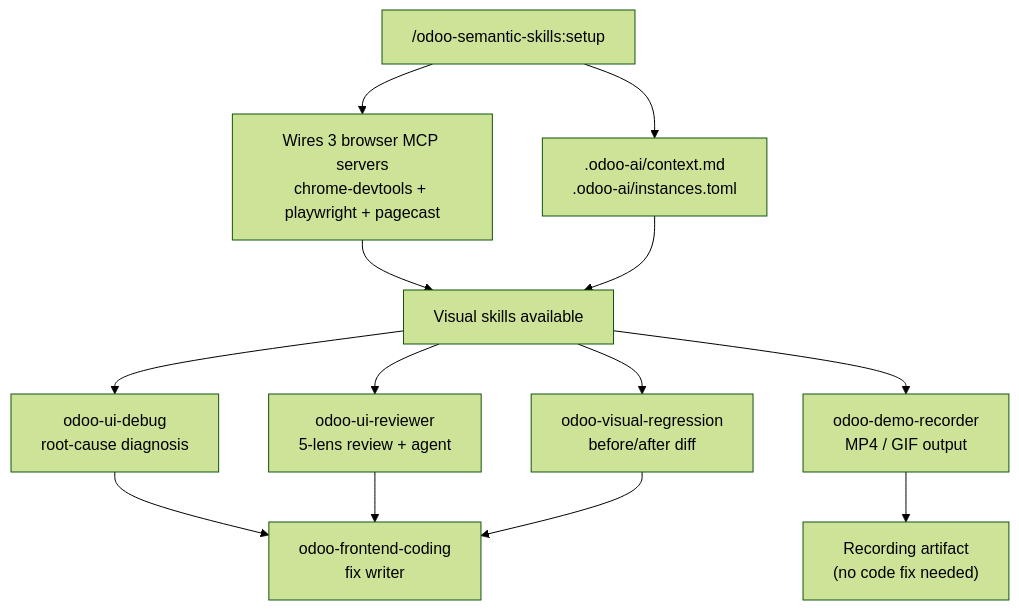
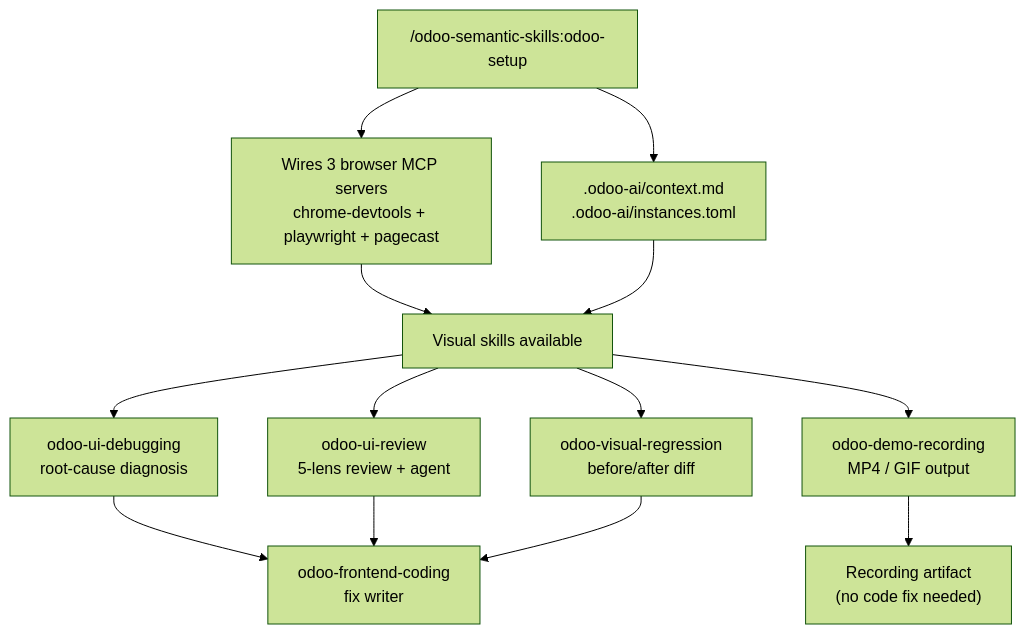
Before and after one commit to Viindoo/odoo-mcp-client: the fifth of 5 diagrams in README.md, drawn with Mermaid (forest theme). The commit also changed other lines of this file and 110 other files, not shown here.

First line of the commit message:
refactor(odoo-semantic-skills)!: role-based naming for skills/agents/commands (v3.0.0)

````diff
--- a/README.md
+++ b/README.md
@@ -230,20 +230,20 @@
 ```mermaid
 flowchart TD
-    SETUP["/odoo-semantic-skills:setup"]
+    SETUP["/odoo-semantic-skills:odoo-setup"]
     SETUP --> MCPW["Wires 3 browser MCP servers<br/>chrome-devtools + playwright + pagecast"]
     SETUP --> CTX[".odoo-ai/context.md<br/>.odoo-ai/instances.toml"]
 
     MCPW --> SK["Visual skills available"]
     CTX --> SK
 
-    SK --> UID["odoo-ui-debug<br/>root-cause diagnosis"]
-    SK --> UIR["odoo-ui-reviewer<br/>5-lens review + agent"]
+    SK --> UID["odoo-ui-debugging<br/>root-cause diagnosis"]
+    SK --> UIR["odoo-ui-review<br/>5-lens review + agent"]
     SK --> VR["odoo-visual-regression<br/>before/after diff"]
-    SK --> DR["odoo-demo-recorder<br/>MP4 / GIF output"]
+    SK --> DR["odoo-demo-recording<br/>MP4 / GIF output"]
 
     UID --> FC["odoo-frontend-coding<br/>fix writer"]
     UIR --> FC
     VR --> FC
 
     DR --> MEDIA["Recording artifact<br/>(no code fix needed)"]
 ```
````
